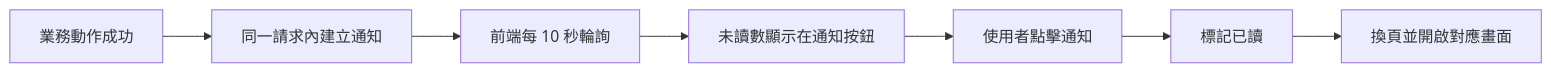
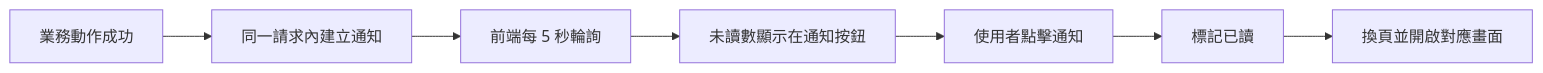
Before and after one commit to s1092055/PartyMatch: the diagram in docs/flows/notification-flow.md, drawn with Mermaid. The commit also changed other lines of this file, not shown here.

Commit message:
docs: 修正通知輪詢間隔文件誤植（10 秒應為 5 秒）
Claude-Session: https://claude.ai/code/session_01VTokdtKi4YfaUwRf649rQR

````diff
--- a/docs/flows/notification-flow.md
+++ b/docs/flows/notification-flow.md
@@ -8,9 +8,9 @@
 ```mermaid
 flowchart LR
   A[業務動作成功] --> B[同一請求內建立通知]
-  B --> C[前端每 10 秒輪詢]
+  B --> C[前端每 5 秒輪詢]
   C --> D[未讀數顯示在通知按鈕]
   D --> E[使用者點擊通知]
   E --> F[標記已讀]
   F --> G[換頁並開啟對應畫面]
 ```
````
